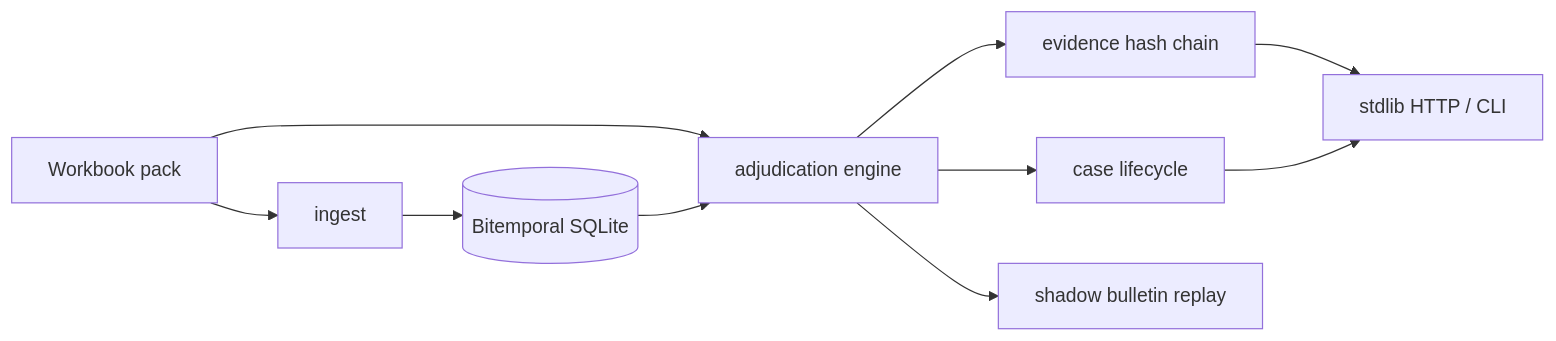
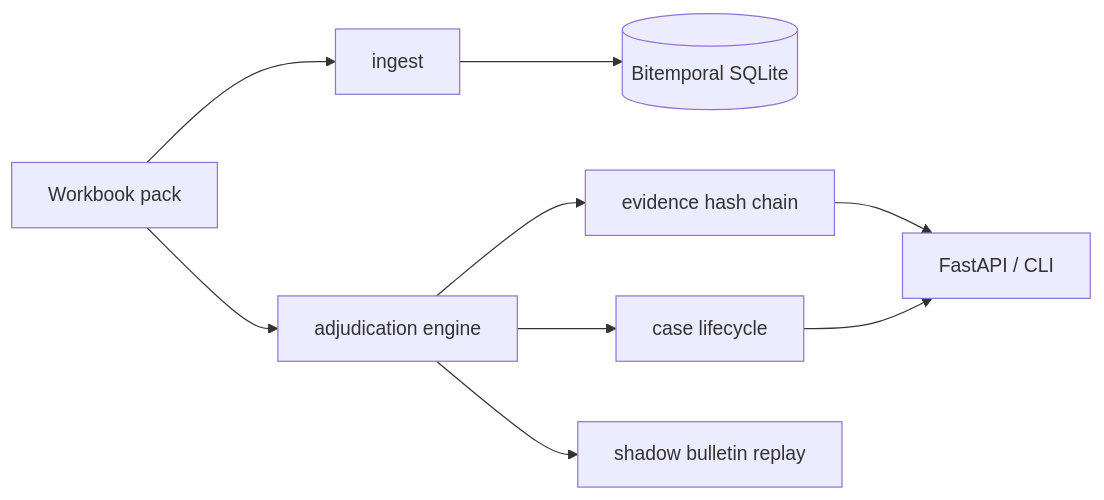
Before and after one commit to Zulfiqar7862/kestrel-adjudication-case-study: the third of 6 diagrams in docs/case-study.md, drawn with Mermaid. The commit also changed other lines of this file and 31 other files, not shown here.

````diff
--- a/docs/case-study.md
+++ b/docs/case-study.md
@@ -433,12 +283,11 @@
 ```mermaid
 flowchart LR
   Pack[Workbook pack] --> Ingest[ingest]
   Ingest --> BT[(Bitemporal SQLite)]
   Pack --> Eng[adjudication engine]
-  BT --> Eng
   Eng --> Ev[evidence hash chain]
   Eng --> Life[case lifecycle]
-  Ev --> API[stdlib HTTP / CLI]
+  Ev --> API[FastAPI / CLI]
   Life --> API
   Eng --> Shadow[shadow bulletin replay]
 ```
````
